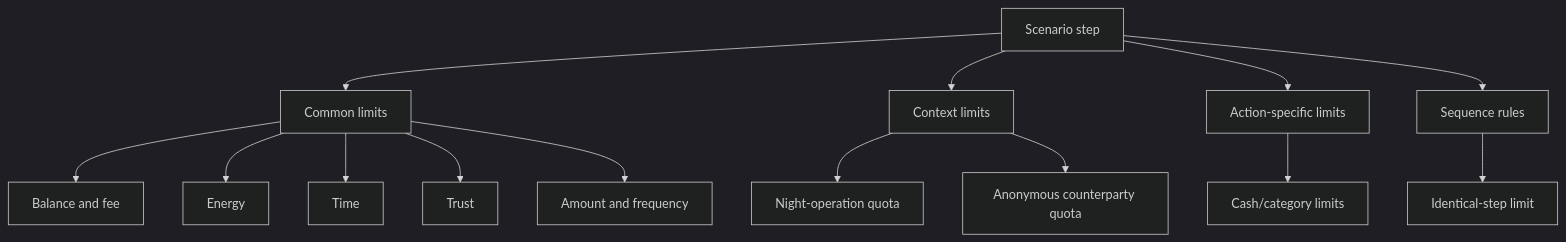
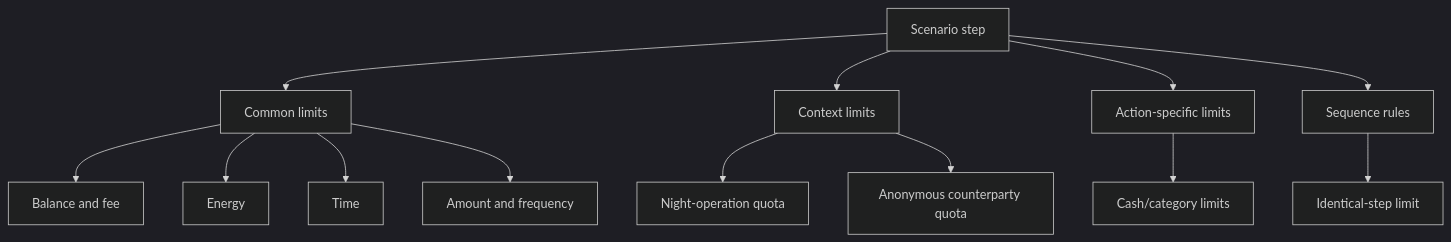
Before and after one commit to BigZet/AMLautosim: the second of 7 diagrams in docs/scoring-and-leaderboard.md, drawn with Mermaid (dark theme). The commit also changed other lines of this file and 41 other files, not shown here.

````diff
--- a/docs/scoring-and-leaderboard.md
+++ b/docs/scoring-and-leaderboard.md
@@ -85,17 +83,16 @@
 ```mermaid
 flowchart TB
     step["Scenario step"] --> common["Common limits"]
     step --> context["Context limits"]
     step --> action["Action-specific limits"]
     step --> sequence["Sequence rules"]
 
     common --> balance["Balance and fee"]
     common --> energy["Energy"]
     common --> time["Time"]
-    common --> trust["Trust"]
     common --> frequency["Amount and frequency"]
     context --> night["Night-operation quota"]
     context --> anonymous["Anonymous counterparty quota"]
     action --> cash["Cash/category limits"]
     sequence --> streak["Identical-step limit"]
 ```
````
